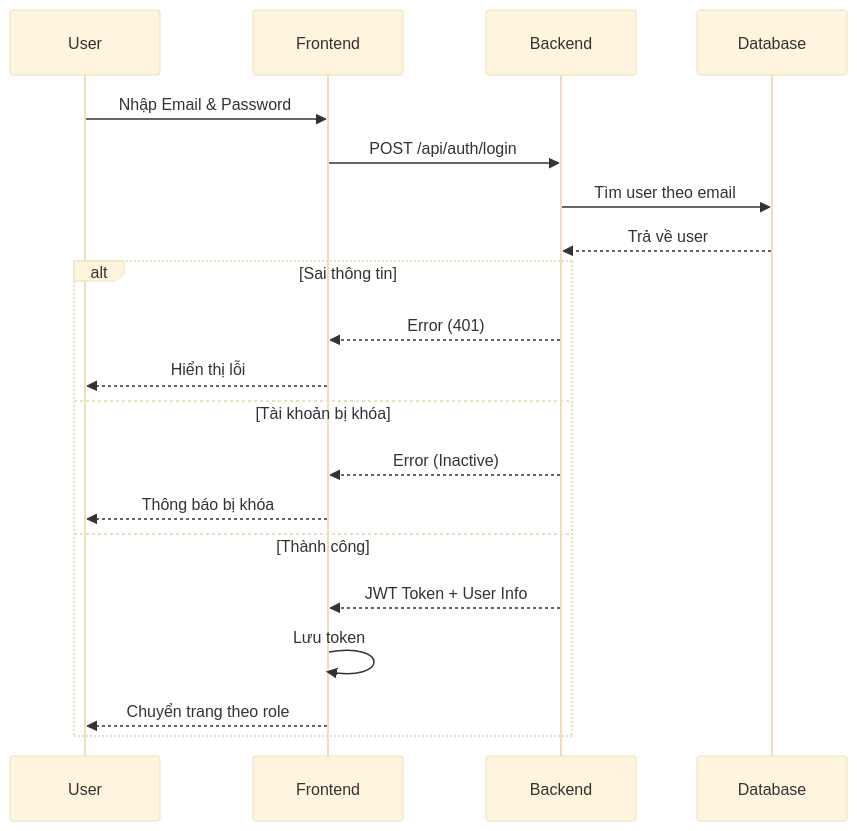
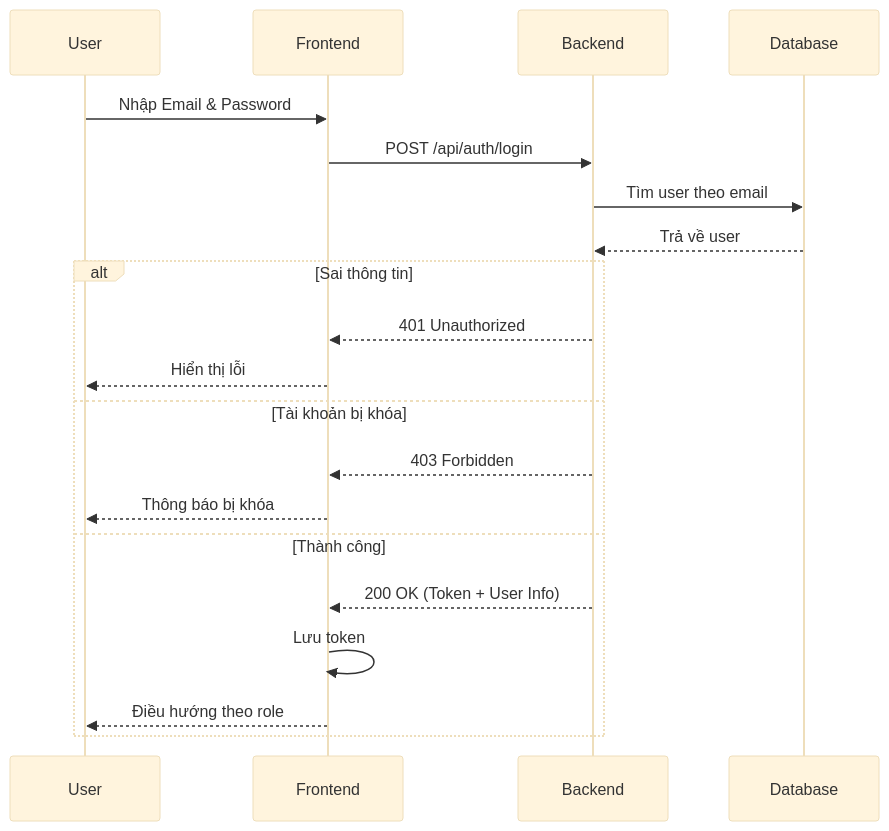
Before and after one commit to kong31082005/Car_rental_Website_Nhom8: the second of 2 diagrams in docs/SRS_LOGIN.md, drawn with Mermaid (base theme). The commit also changed other lines of this file, not shown here.

````diff
--- a/docs/SRS_LOGIN.md
+++ b/docs/SRS_LOGIN.md
@@ -72,26 +78,26 @@
 ```mermaid
 sequenceDiagram
     participant User
     participant Frontend
     participant Backend
     participant Database
 
     User->>Frontend: Nhập Email & Password
     Frontend->>Backend: POST /api/auth/login
 
     Backend->>Database: Tìm user theo email
     Database-->>Backend: Trả về user
 
     alt Sai thông tin
-        Backend-->>Frontend: Error (401)
+        Backend-->>Frontend: 401 Unauthorized
         Frontend-->>User: Hiển thị lỗi
     else Tài khoản bị khóa
-        Backend-->>Frontend: Error (Inactive)
+        Backend-->>Frontend: 403 Forbidden
         Frontend-->>User: Thông báo bị khóa
     else Thành công
-        Backend-->>Frontend: JWT Token + User Info
+        Backend-->>Frontend: 200 OK (Token + User Info)
         Frontend->>Frontend: Lưu token
-        Frontend-->>User: Chuyển trang theo role
+        Frontend-->>User: Điều hướng theo role
     end
 
 ```
````
